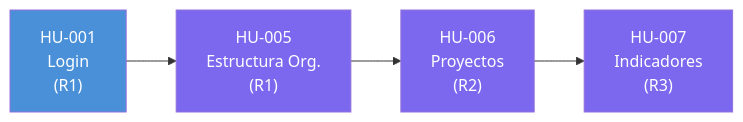
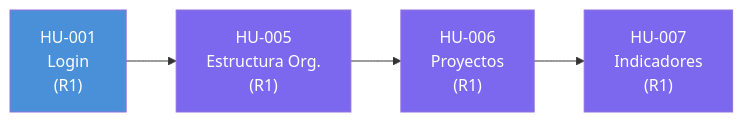
Before and after one commit to sibeuco/DocumentacionSibe: the sixth of 6 diagrams in docs/artifacts/14.plan_de_liberaciones_del_producto.md, drawn with Mermaid. The commit also changed other lines of this file and 9 other files, not shown here.

````diff
--- a/docs/artifacts/14.plan_de_liberaciones_del_producto.md
+++ b/docs/artifacts/14.plan_de_liberaciones_del_producto.md
@@ -734,14 +699,14 @@
 ```mermaid
 graph LR
     HU001["HU-001\nLogin\n(R1)"]
     HU005["HU-005\nEstructura Org.\n(R1)"]
-    HU006["HU-006\nProyectos\n(R2)"]
-    HU007["HU-007\nIndicadores\n(R3)"]
+    HU006["HU-006\nProyectos\n(R1)"]
+    HU007["HU-007\nIndicadores\n(R1)"]
 
     HU001 --> HU005 --> HU006 --> HU007
 
     style HU001 fill:#4A90D9,color:#fff
     style HU005 fill:#7B68EE,color:#fff
     style HU006 fill:#7B68EE,color:#fff
     style HU007 fill:#7B68EE,color:#fff
 ```
````
